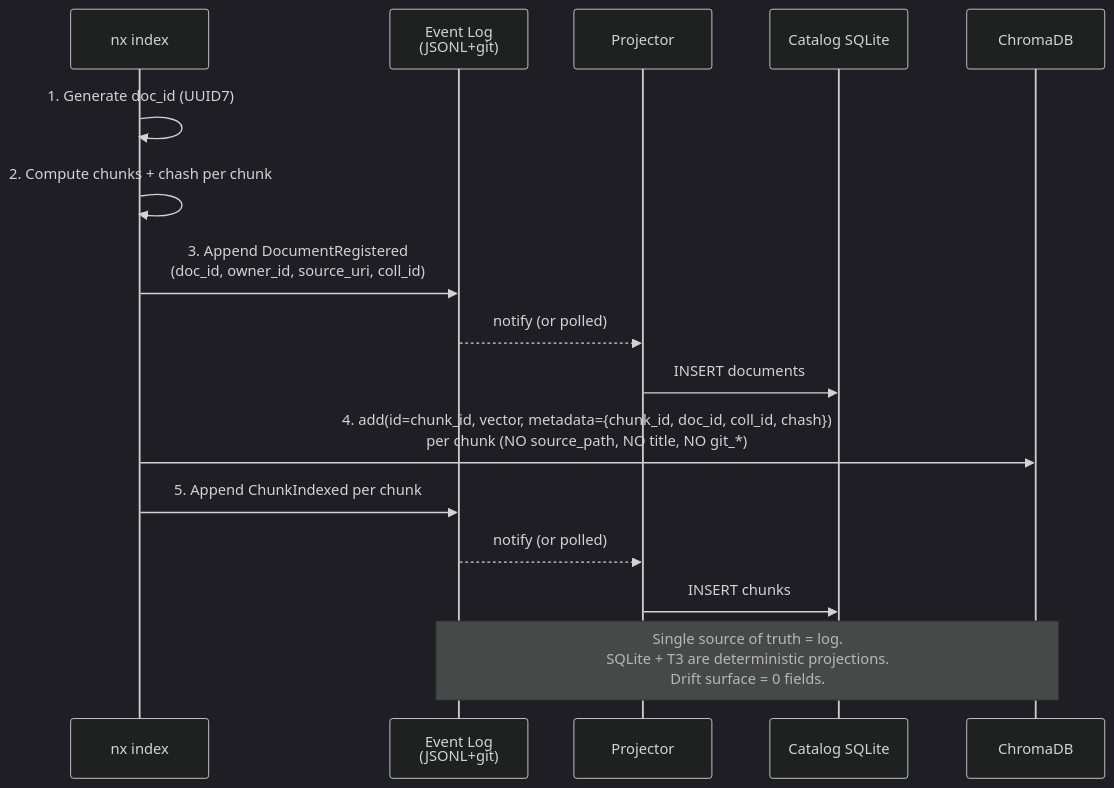
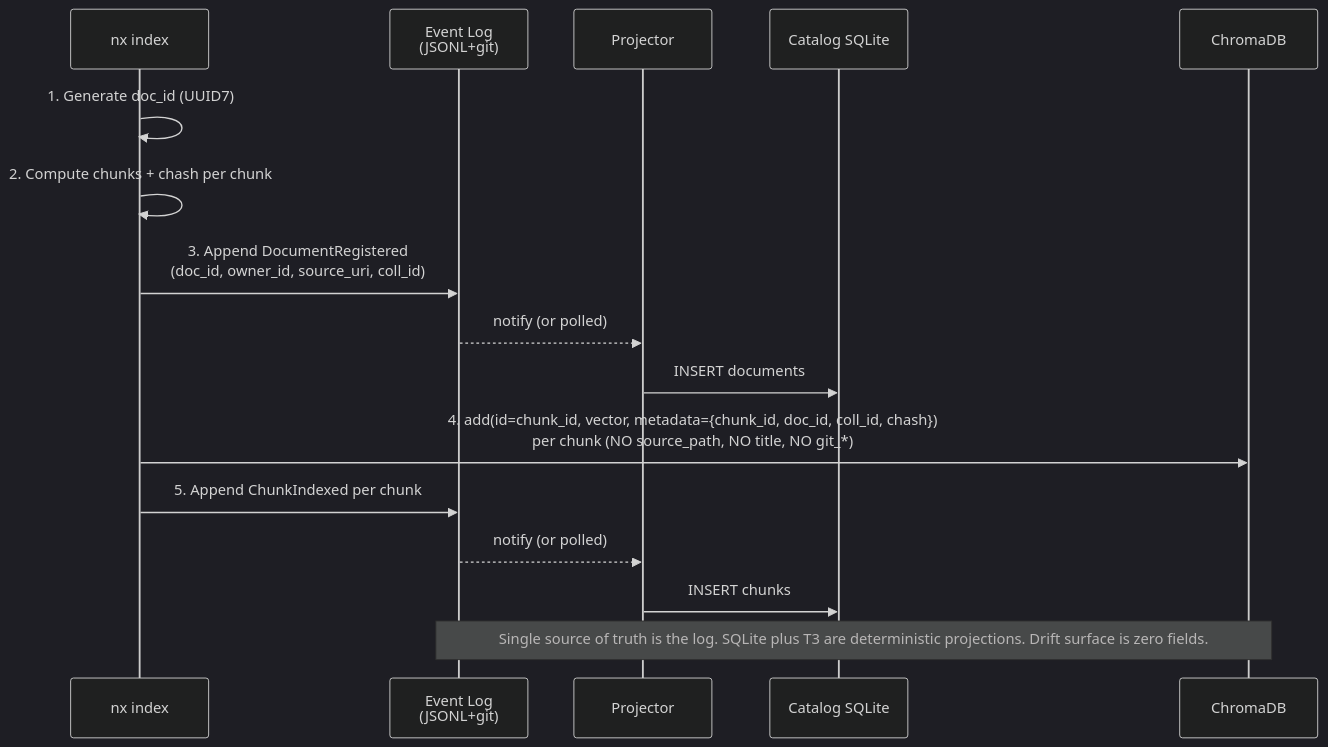
Before and after one commit to Hellblazer/nexus: the third of 7 diagrams in docs/rdr/rdr-101-catalog-t3-metadata-design.md, drawn with Mermaid (dark theme). The commit also changed other lines of this file, not shown here.

First line of the commit message:
rdr(101): fix mermaid parse error in Doctor sequence diagram + defang risky chars in all notes

````diff
--- a/docs/rdr/rdr-101-catalog-t3-metadata-design.md
+++ b/docs/rdr/rdr-101-catalog-t3-metadata-design.md
@@ -326,19 +326,19 @@
 ```mermaid
 sequenceDiagram
     participant CLI as nx index
     participant Log as Event Log<br/>(JSONL+git)
     participant Proj as Projector
     participant SQL as Catalog SQLite
     participant T3 as ChromaDB
 
     CLI->>CLI: 1. Generate doc_id (UUID7)
     CLI->>CLI: 2. Compute chunks + chash per chunk
     CLI->>Log: 3. Append DocumentRegistered<br/>(doc_id, owner_id, source_uri, coll_id)
     Log-->>Proj: notify (or polled)
     Proj->>SQL: INSERT documents
     CLI->>T3: 4. add(id=chunk_id, vector, metadata={chunk_id, doc_id, coll_id, chash})<br/>per chunk (NO source_path, NO title, NO git_*)
     CLI->>Log: 5. Append ChunkIndexed per chunk
     Log-->>Proj: notify (or polled)
     Proj->>SQL: INSERT chunks
-    Note over Log,T3: Single source of truth = log.<br/>SQLite + T3 are deterministic projections.<br/>Drift surface = 0 fields.
+    Note over Log,T3: Single source of truth is the log. SQLite plus T3 are deterministic projections. Drift surface is zero fields.
 ```
````
